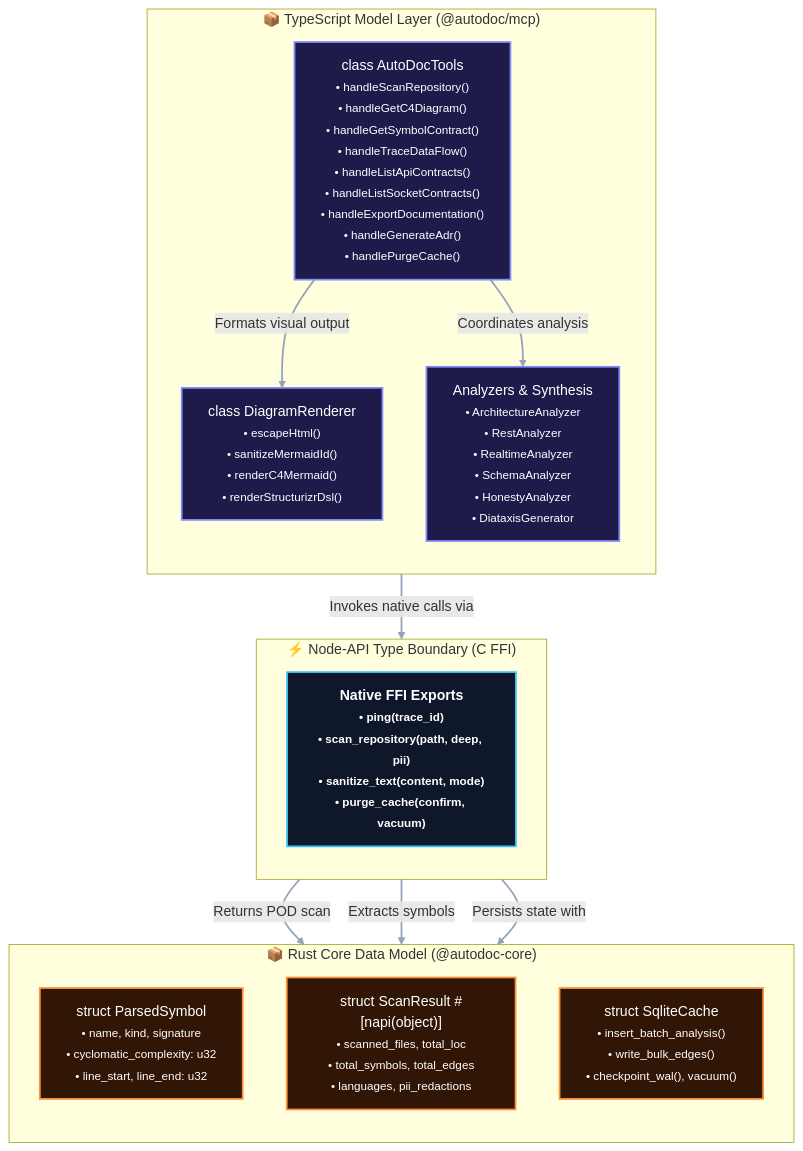
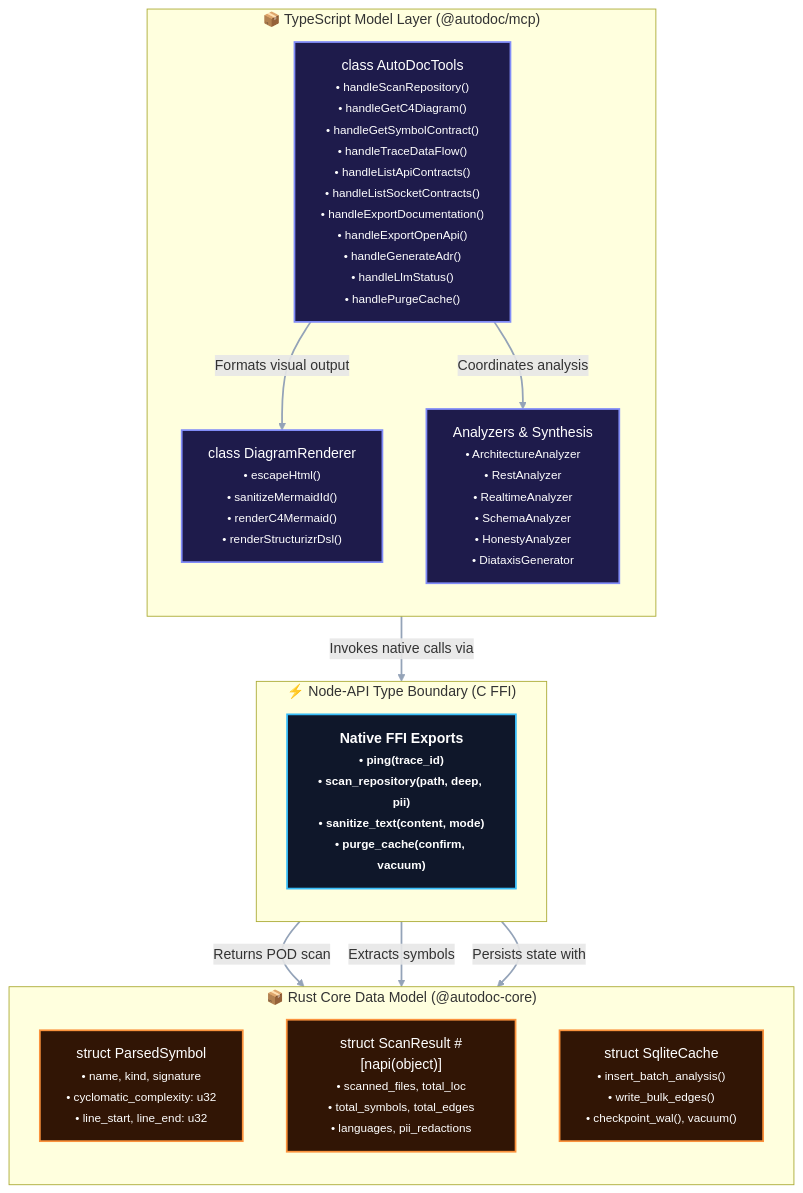
The fourth of 4 diagrams in docs/reference/codebase-map.md (dandgabr/autodoc), drawn with Mermaid before and after one commit. The commit also changed 19 other files, not shown here.

````diff
--- a/docs/reference/codebase-map.md
+++ b/docs/reference/codebase-map.md
@@ -157,38 +157,38 @@
 ```mermaid
 flowchart TD
     %% High Contrast Styling Definitions
     classDef tsClass fill:#1E1B4B,stroke:#818CF8,stroke-width:2px,color:#FFFFFF;
     classDef mcpClass fill:#1E1B4B,stroke:#818CF8,stroke-width:2px,color:#FFFFFF;
     classDef rustClass fill:#311505,stroke:#FB923C,stroke-width:2px,color:#FFFFFF;
     classDef glueClass fill:#0F172A,stroke:#38BDF8,stroke-width:2px,color:#FFFFFF,font-weight:bold;
 
     subgraph TSModels["📦 TypeScript Model Layer (@autodoc/mcp)"]
         direction TB
-        AutoDocTools["class AutoDocTools<br/><small>• handleScanRepository()<br/>• handleGetC4Diagram()<br/>• handleGetSymbolContract()<br/>• handleTraceDataFlow()<br/>• handleListApiContracts()<br/>• handleListSocketContracts()<br/>• handleExportDocumentation()<br/>• handleGenerateAdr()<br/>• handlePurgeCache()</small>"]:::tsClass
+        AutoDocTools["class AutoDocTools<br/><small>• handleScanRepository()<br/>• handleGetC4Diagram()<br/>• handleGetSymbolContract()<br/>• handleTraceDataFlow()<br/>• handleListApiContracts()<br/>• handleListSocketContracts()<br/>• handleExportDocumentation()<br/>• handleExportOpenApi()<br/>• handleGenerateAdr()<br/>• handleLlmStatus()<br/>• handlePurgeCache()</small>"]:::tsClass
         Analyzers["Analyzers & Synthesis<br/><small>• ArchitectureAnalyzer<br/>• RestAnalyzer<br/>• RealtimeAnalyzer<br/>• SchemaAnalyzer<br/>• HonestyAnalyzer<br/>• DiataxisGenerator</small>"]:::tsClass
         DiagramRenderer["class DiagramRenderer<br/><small>• escapeHtml()<br/>• sanitizeMermaidId()<br/>• renderC4Mermaid()<br/>• renderStructurizrDsl()</small>"]:::tsClass
     end
 
     subgraph FFIBoundary["⚡ Node-API Type Boundary (C FFI)"]
         direction TB
         BridgeSignatures["Native FFI Exports<br/><small>• ping(trace_id)<br/>• scan_repository(path, deep, pii)<br/>• sanitize_text(content, mode)<br/>• purge_cache(confirm, vacuum)</small>"]:::glueClass
     end
 
     subgraph RustModels["📦 Rust Core Data Model (@autodoc-core)"]
         direction TB
         ParsedSymbol["struct ParsedSymbol<br/><small>• name, kind, signature<br/>• cyclomatic_complexity: u32<br/>• line_start, line_end: u32</small>"]:::rustClass
         ScanResult["struct ScanResult #[napi(object)]<br/><small>• scanned_files, total_loc<br/>• total_symbols, total_edges<br/>• languages, pii_redactions</small>"]:::rustClass
         SqliteCache["struct SqliteCache<br/><small>• insert_batch_analysis()<br/>• write_bulk_edges()<br/>• checkpoint_wal(), vacuum()</small>"]:::rustClass
     end
 
     %% Cross-boundary relationships
     AutoDocTools -->|"Formats visual output"| DiagramRenderer
     AutoDocTools -->|"Coordinates analysis"| Analyzers
     AutoDocTools -->|"Invokes native calls via"| BridgeSignatures
 
     BridgeSignatures -->|"Returns POD scan"| ScanResult
     BridgeSignatures -->|"Extracts symbols"| ParsedSymbol
     BridgeSignatures -->|"Persists state with"| SqliteCache
 
     linkStyle default stroke:#94A3B8,stroke-width:2px;
 ```
````
